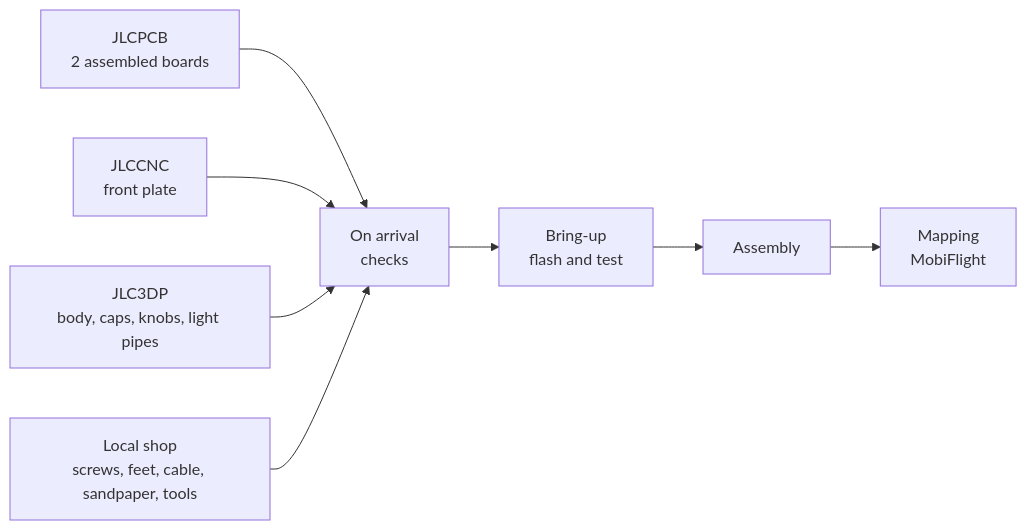
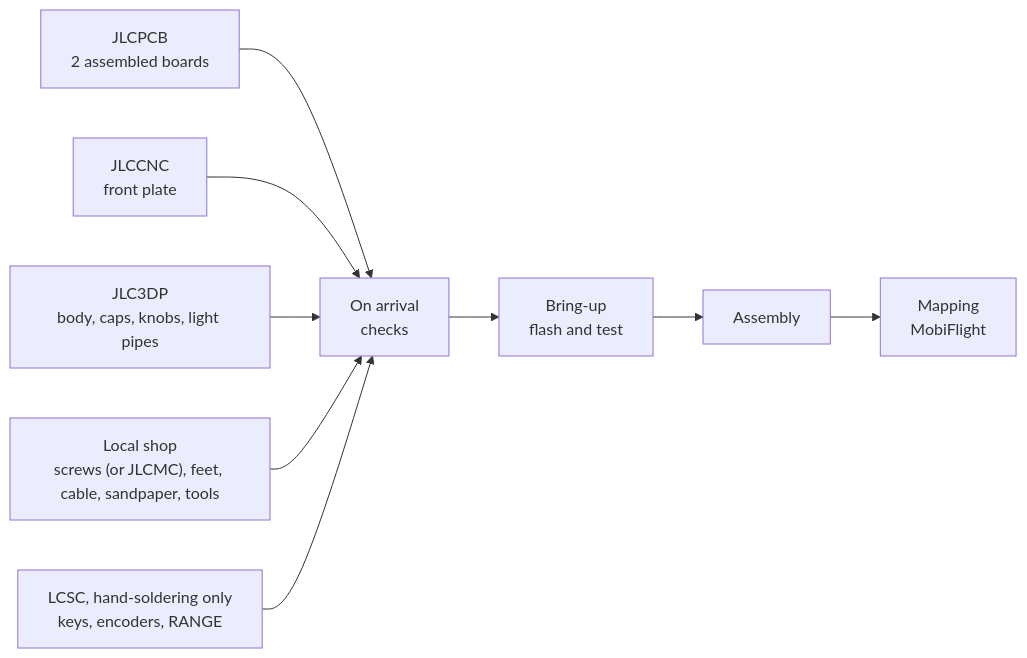
The diagram in docs/building/README.md (saschagrunert/avionics-panel), drawn with Mermaid before and after one commit. The commit also changed 28 other files, not shown here.

````diff
--- a/docs/building/README.md
+++ b/docs/building/README.md
@@ -5,12 +5,13 @@
 ```mermaid
 flowchart LR
   jlcpcb["JLCPCB<br>2 assembled boards"]
   jlccnc["JLCCNC<br>front plate"]
   jlc3dp["JLC3DP<br>body, caps, knobs, light pipes"]
-  local["Local shop<br>screws, feet, cable, sandpaper, tools"]
+  local["Local shop<br>screws (or JLCMC), feet, cable, sandpaper, tools"]
+  lcsc["LCSC, hand-soldering only<br>keys, encoders, RANGE"]
   arrival["On arrival<br>checks"]
   bringup["Bring-up<br>flash and test"]
   assembly["Assembly"]
   mapping["Mapping<br>MobiFlight"]
-  jlcpcb & jlccnc & jlc3dp & local --> arrival --> bringup --> assembly --> mapping
+  jlcpcb & jlccnc & jlc3dp & local & lcsc --> arrival --> bringup --> assembly --> mapping
 ```
````
